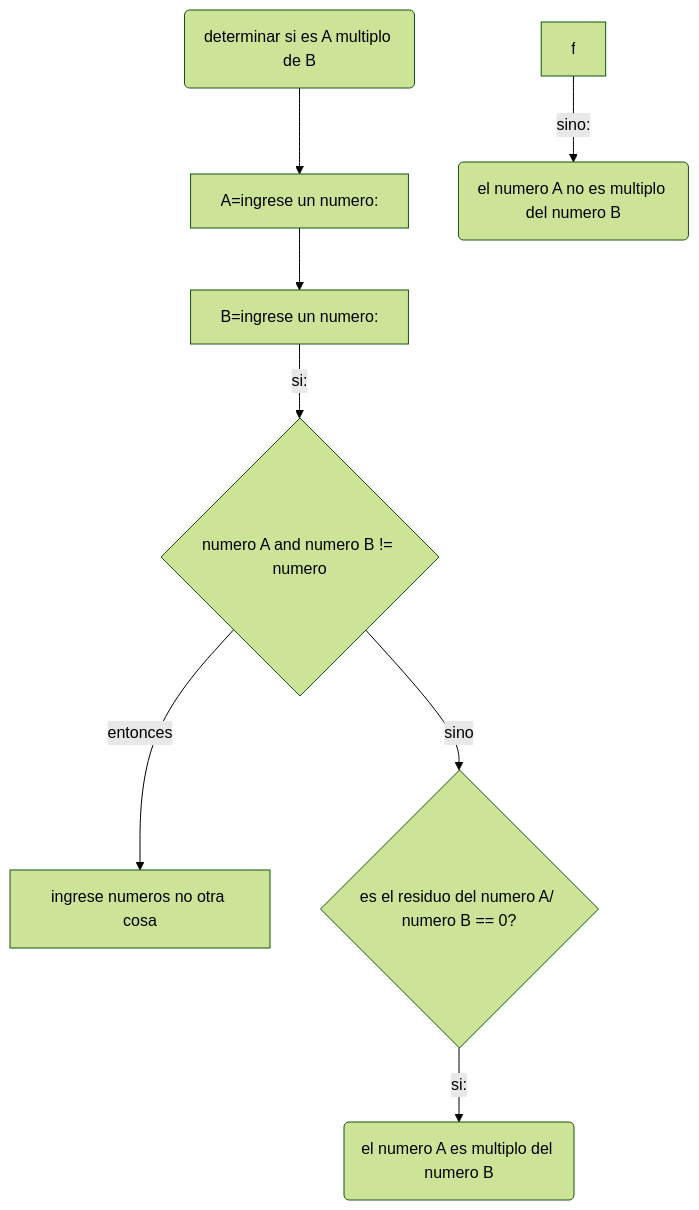
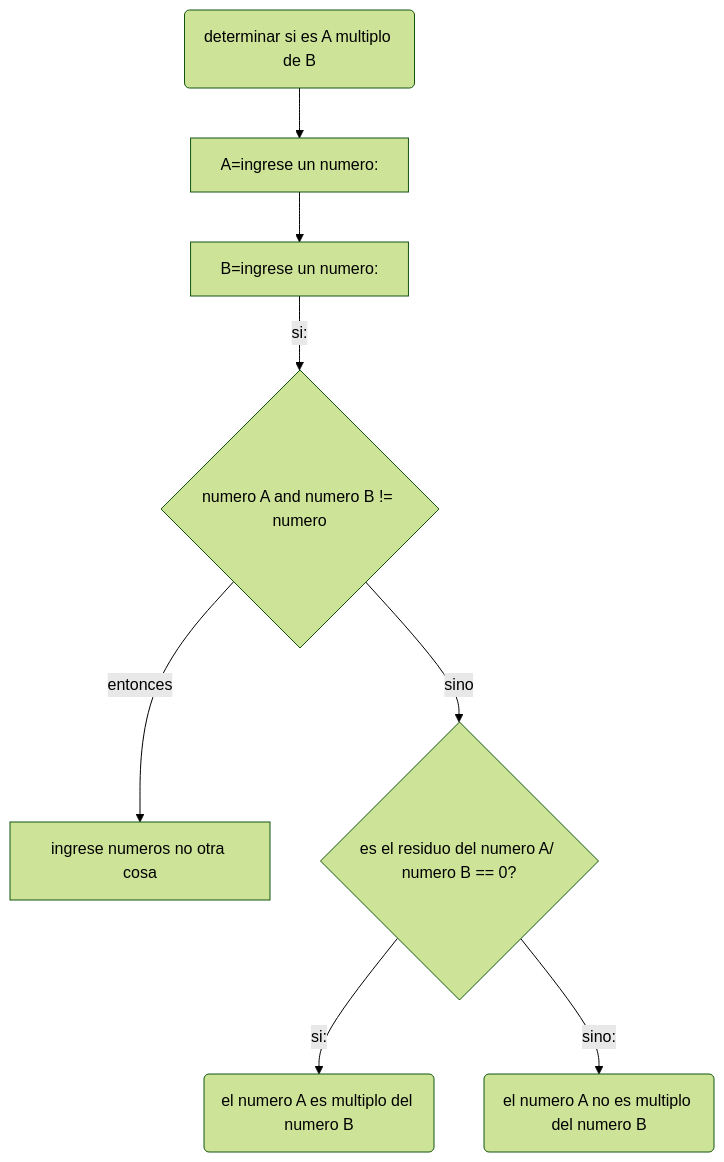
Before and after one commit to JavierGONL/Repo_Taller_1: the second of 2 diagrams in README.md, drawn with Mermaid (forest theme).

````diff
--- a/README.md
+++ b/README.md
@@ -416,10 +416,10 @@
 ``` mermaid
 flowchart TD
     A(determinar si es A multiplo de B) --> B[A=ingrese un numero:]
     B -->C[B=ingrese un numero:]
     C --> |si:|D{numero A and numero B != numero}    
     D -->|entonces|E[ingrese numeros no otra cosa]
     D -->|sino|F{es el residuo del numero A/ numero B == 0?}
     F -->|si:|g(el numero A es multiplo del numero B)
-    f -->|sino:| h(el numero A no es multiplo del numero B)
+    F -->|sino:| h(el numero A no es multiplo del numero B)
 ```
````
